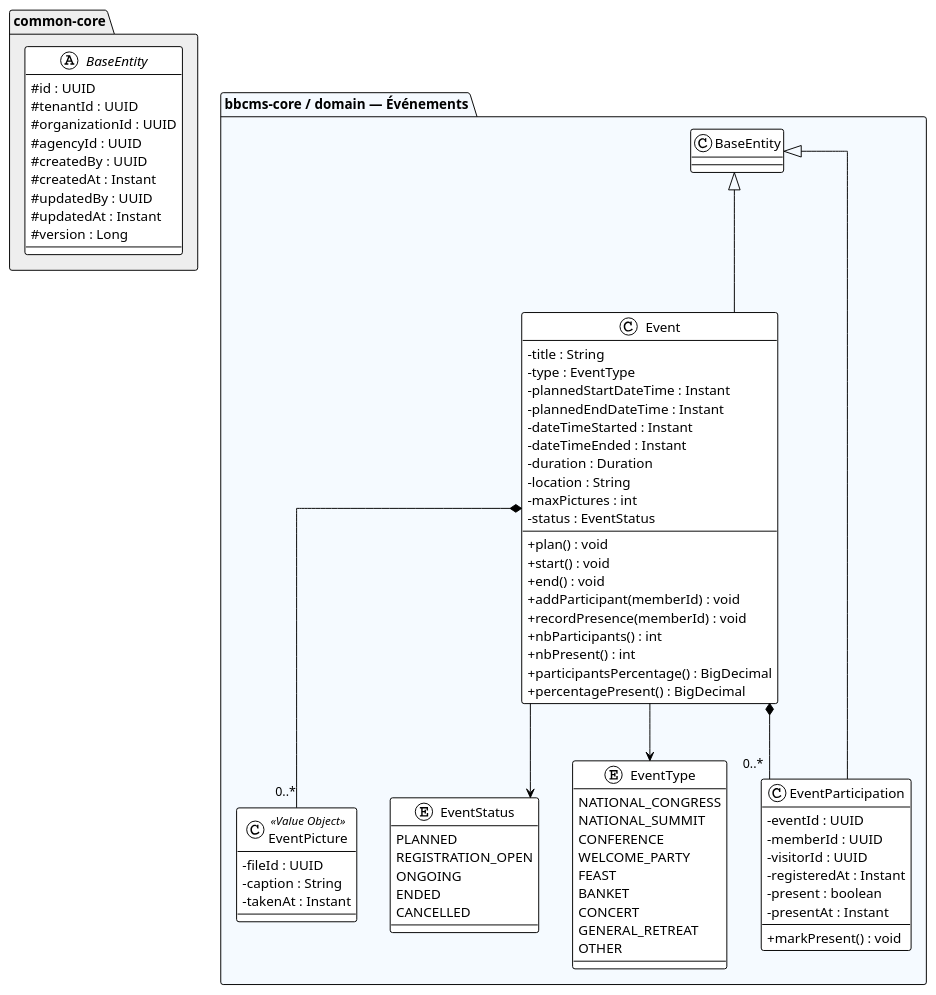
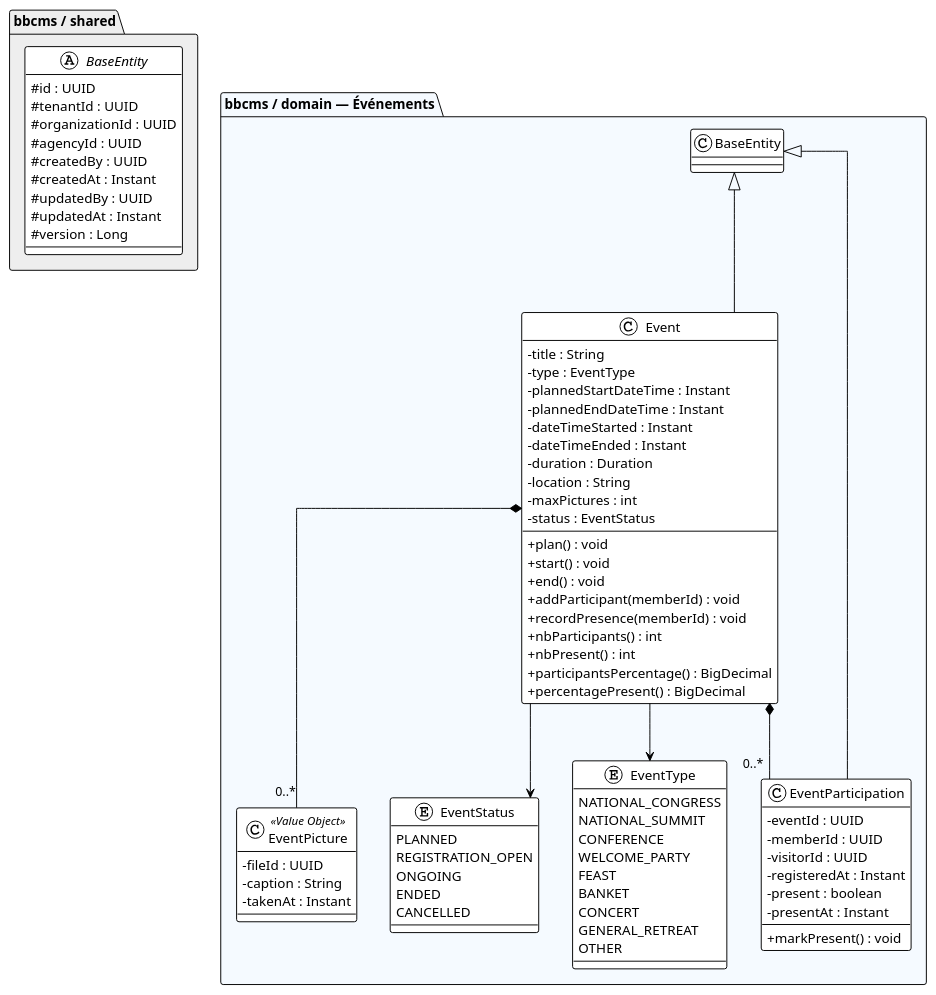
The diagram in bbcms/diagrams/dc-event.puml (TF-Jordan/CairTech), drawn with PlantUML before and after one commit. The commit also changed 34 other files, not shown here.

```diff
--- a/bbcms/diagrams/dc-event.puml
+++ b/bbcms/diagrams/dc-event.puml
@@ -1,86 +1,86 @@
 @startuml dc-event
 !theme plain
 skinparam classAttributeIconSize 0
 skinparam linetype ortho
 
-package "common-core" #EEEEEE {
+package "bbcms / shared" #EEEEEE {
     abstract class BaseEntity {
         # id : UUID
         # tenantId : UUID
         # organizationId : UUID
         # agencyId : UUID
         # createdBy : UUID
         # createdAt : Instant
         # updatedBy : UUID
         # updatedAt : Instant
         # version : Long
     }
 }
 
-package "bbcms-core / domain — Événements" #F5FAFF {
+package "bbcms / domain — Événements" #F5FAFF {
 
     class Event extends BaseEntity {
         - title : String
         - type : EventType
         - plannedStartDateTime : Instant
         - plannedEndDateTime : Instant
         - dateTimeStarted : Instant
         - dateTimeEnded : Instant
         - duration : Duration
         - location : String
         - maxPictures : int
         - status : EventStatus
         + plan() : void
         + start() : void
         + end() : void
         + addParticipant(memberId) : void
         + recordPresence(memberId) : void
         + nbParticipants() : int
         + nbPresent() : int
         + participantsPercentage() : BigDecimal
         + percentagePresent() : BigDecimal
     }
 
     class EventParticipation extends BaseEntity {
         - eventId : UUID
         - memberId : UUID
         - visitorId : UUID
         - registeredAt : Instant
         - present : boolean
         - presentAt : Instant
         + markPresent() : void
     }
 
     class EventPicture <<Value Object>> {
         - fileId : UUID
         - caption : String
         - takenAt : Instant
     }
 
     enum EventStatus {
         PLANNED
         REGISTRATION_OPEN
         ONGOING
         ENDED
         CANCELLED
     }
 
     enum EventType {
         NATIONAL_CONGRESS
         NATIONAL_SUMMIT
         CONFERENCE
         WELCOME_PARTY
         FEAST
         BANKET
         CONCERT
         GENERAL_RETREAT
         OTHER
     }
 
     Event *-- "0..*" EventParticipation
     Event *-- "0..*" EventPicture
     Event --> EventStatus
     Event --> EventType
 }
 
 @enduml
```
